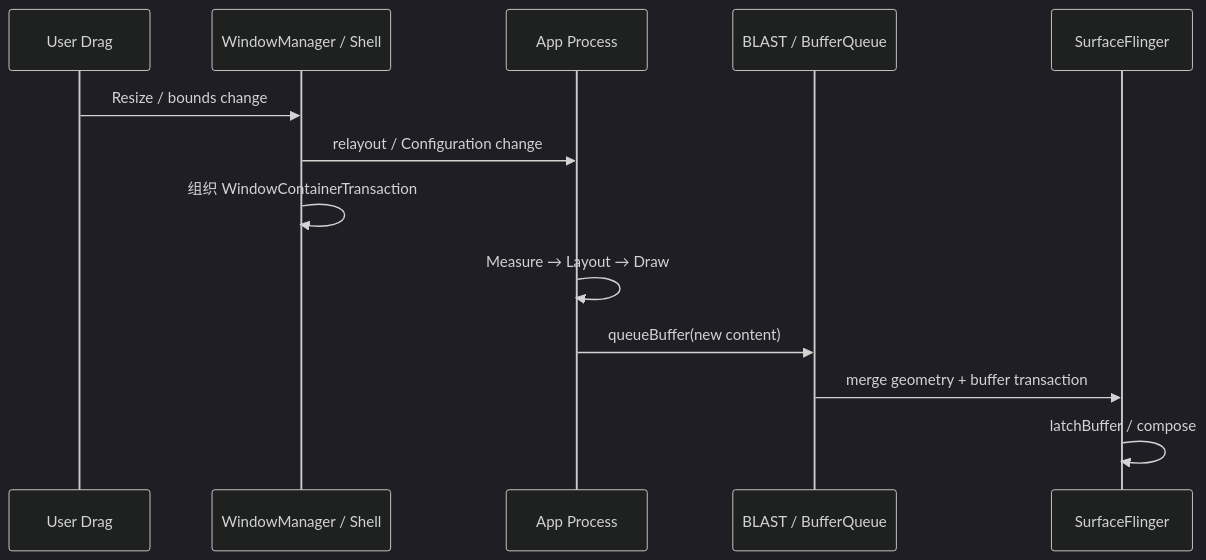
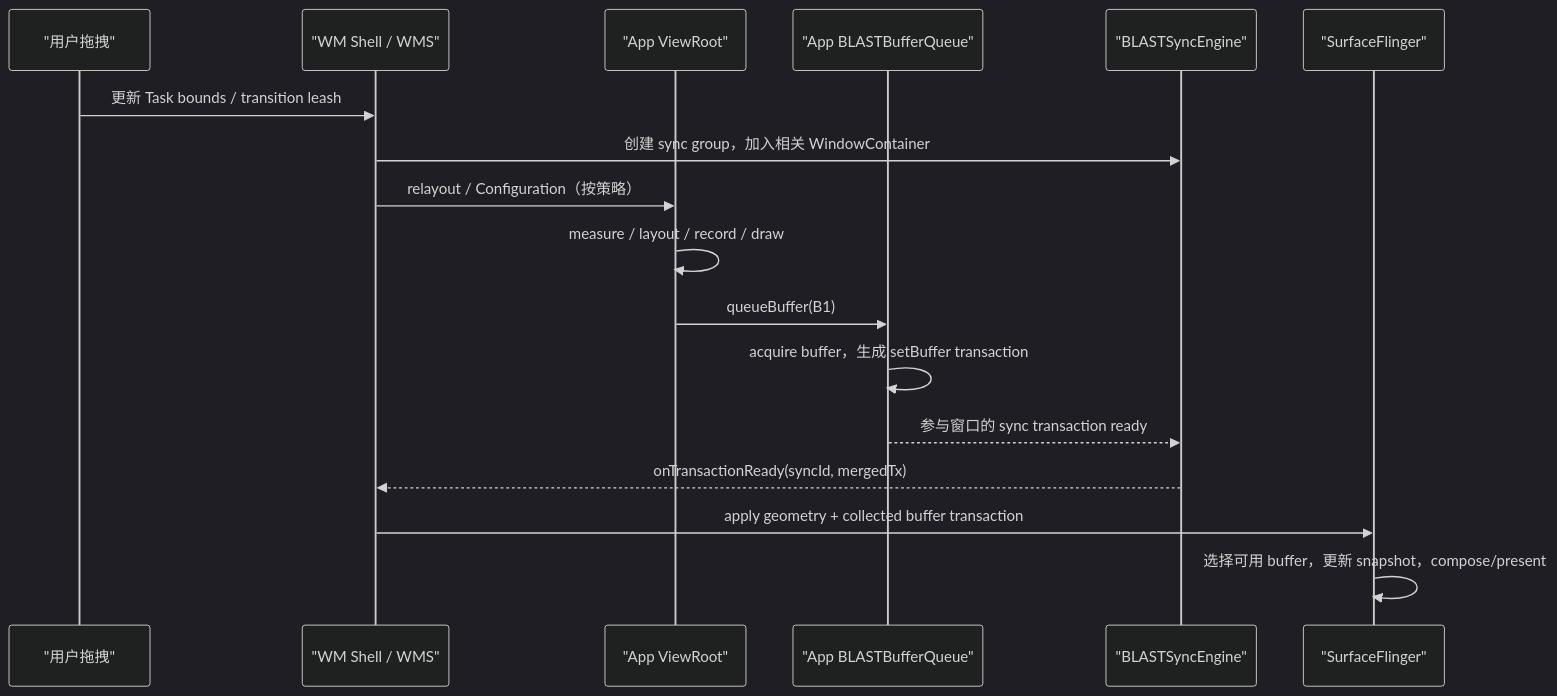
Before and after one commit to Gracker/android-internals-wiki: the second of 2 diagrams in src/part2-performance/ch18-rendering-pipelines/18-pip-freeform.md, drawn with Mermaid (dark theme). The commit also changed other lines of this file, not shown here.

````diff
--- a/src/part2-performance/ch18-rendering-pipelines/18-pip-freeform.md
+++ b/src/part2-performance/ch18-rendering-pipelines/18-pip-freeform.md
@@ -137,16 +234,20 @@
 ```mermaid
 sequenceDiagram
-    participant User as User Drag
-    participant WMS as WindowManager / Shell
-    participant App as App Process
-    participant BLAST as BLAST / BufferQueue
-    participant SF as SurfaceFlinger
+    participant U as "用户拖拽"
+    participant SH as "WM Shell / WMS"
+    participant AP as "App ViewRoot"
+    participant BQ as "App BLASTBufferQueue"
+    participant SY as "BLASTSyncEngine"
+    participant SF as "SurfaceFlinger"
 
-    User->>WMS: Resize / bounds change
-    WMS->>App: relayout / Configuration change
-    WMS->>WMS: 组织 WindowContainerTransaction
-    App->>App: Measure → Layout → Draw
-    App->>BLAST: queueBuffer(new content)
-    BLAST->>SF: merge geometry + buffer transaction
-    SF->>SF: latchBuffer / compose
+    U->>SH: 更新 Task bounds / transition leash
+    SH->>SY: 创建 sync group，加入相关 WindowContainer
+    SH->>AP: relayout / Configuration（按策略）
+    AP->>AP: measure / layout / record / draw
+    AP->>BQ: queueBuffer(B1)
+    BQ->>BQ: acquire buffer，生成 setBuffer transaction
+    BQ-->>SY: 参与窗口的 sync transaction ready
+    SY-->>SH: onTransactionReady(syncId, mergedTx)
+    SH->>SF: apply geometry + collected buffer transaction
+    SF->>SF: 选择可用 buffer，更新 snapshot，compose/present
 ```
````
